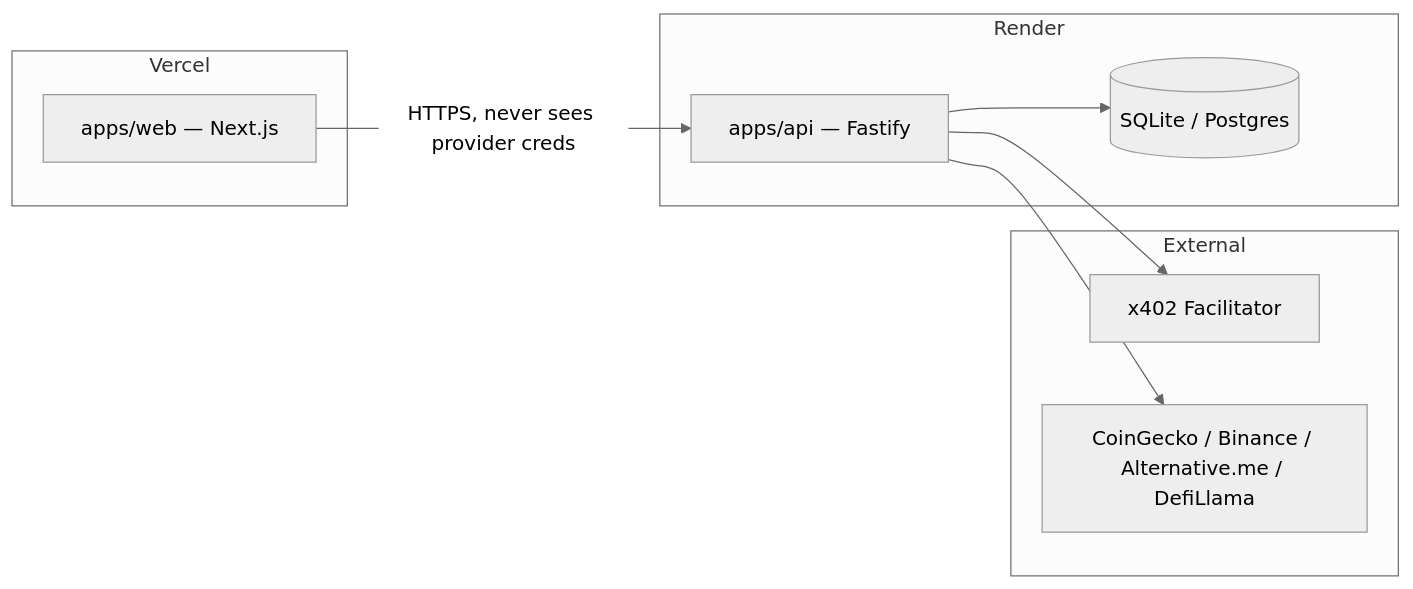
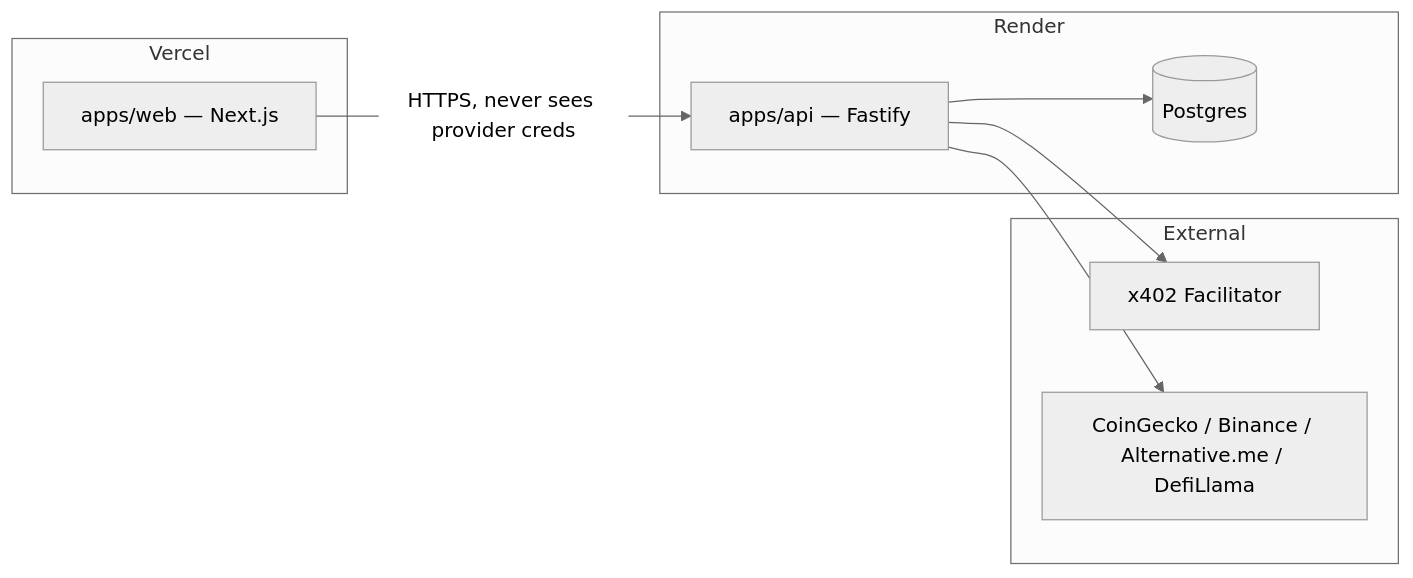
The fourth of 4 diagrams in docs/ARCHITECTURE.md (rohan911438/Agent-Market), drawn with Mermaid (neutral theme) before and after one commit. The commit also changed other lines of this file and 11 other files, not shown here.

````diff
--- a/docs/ARCHITECTURE.md
+++ b/docs/ARCHITECTURE.md
@@ -104,18 +104,18 @@
 ```mermaid
 flowchart LR
     subgraph Vercel
         Web[apps/web — Next.js]
     end
     subgraph Render
         Api[apps/api — Fastify]
-        DB[(SQLite / Postgres)]
+        DB[(Postgres)]
     end
     subgraph External
         Facilitator[x402 Facilitator]
         Providers[CoinGecko / Binance / Alternative.me / DefiLlama]
     end
     Web -->|HTTPS, never sees provider creds| Api
     Api --> DB
     Api --> Facilitator
     Api --> Providers
 ```
````
